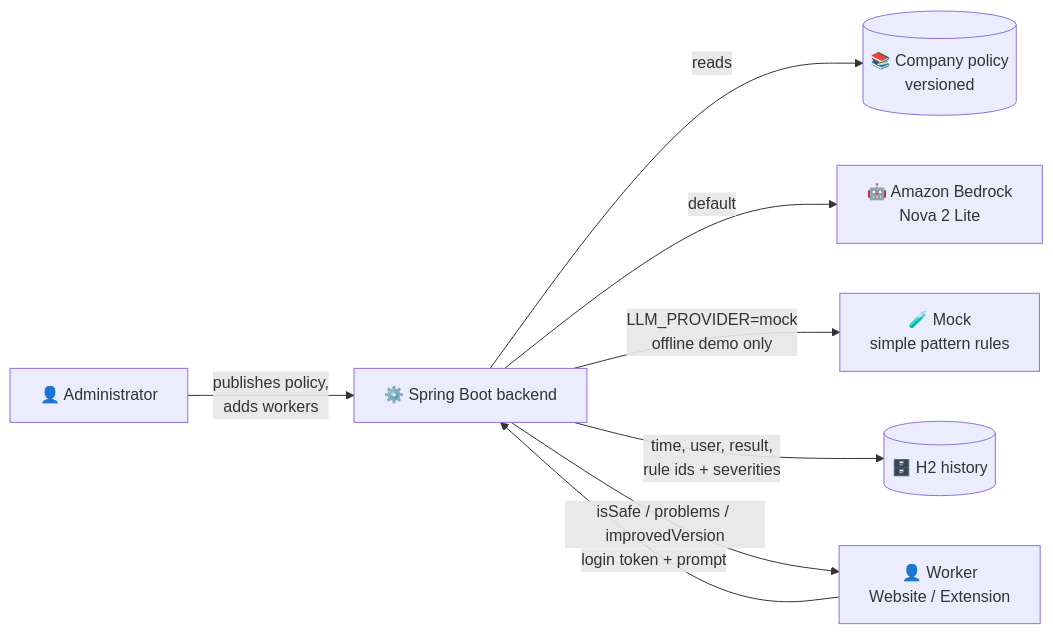
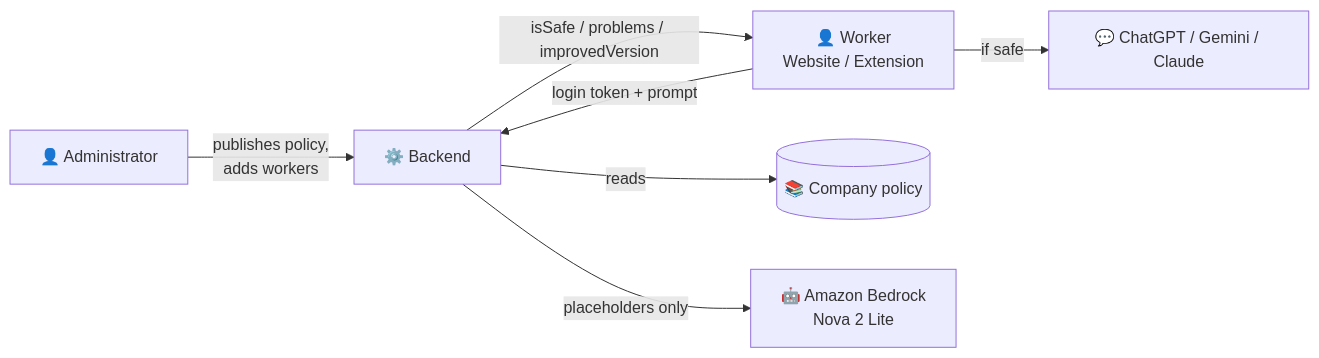
One commit to code-and-create-hackathon/complianceChecker changed the diagram in README.md. Above: the diagram before and after it, drawn with Mermaid. The commit also changed other lines of this file and 6 other files, not shown here.

````diff
--- a/README.md
+++ b/README.md
@@ -50,10 +8,9 @@
 ```mermaid
 flowchart LR
     AD[👤 Administrator] -->|publishes policy,<br/>adds workers| B
-    A[👤 Worker<br/>Website / Extension] -->|login token + prompt| B[⚙️ Spring Boot backend]
-    B -->|reads| P[(📚 Company policy<br/>versioned)]
-    B -->|default| L[🤖 Amazon Bedrock<br/>Nova 2 Lite]
-    B -->|LLM_PROVIDER=mock<br/>offline demo only| M[🧪 Mock<br/>simple pattern rules]
-    B -->|time, user, result,<br/>rule ids + severities| H[(🗄️ H2 history)]
+    A[👤 Worker<br/>Website / Extension] -->|login token + prompt| B[⚙️ Backend]
+    B -->|reads| P[(📚 Company policy)]
+    B -->|placeholders only| L[🤖 Amazon Bedrock<br/>Nova 2 Lite]
     B -->|isSafe / problems / improvedVersion| A
+    A -->|if safe| C[💬 ChatGPT / Gemini / Claude]
 ```
````
